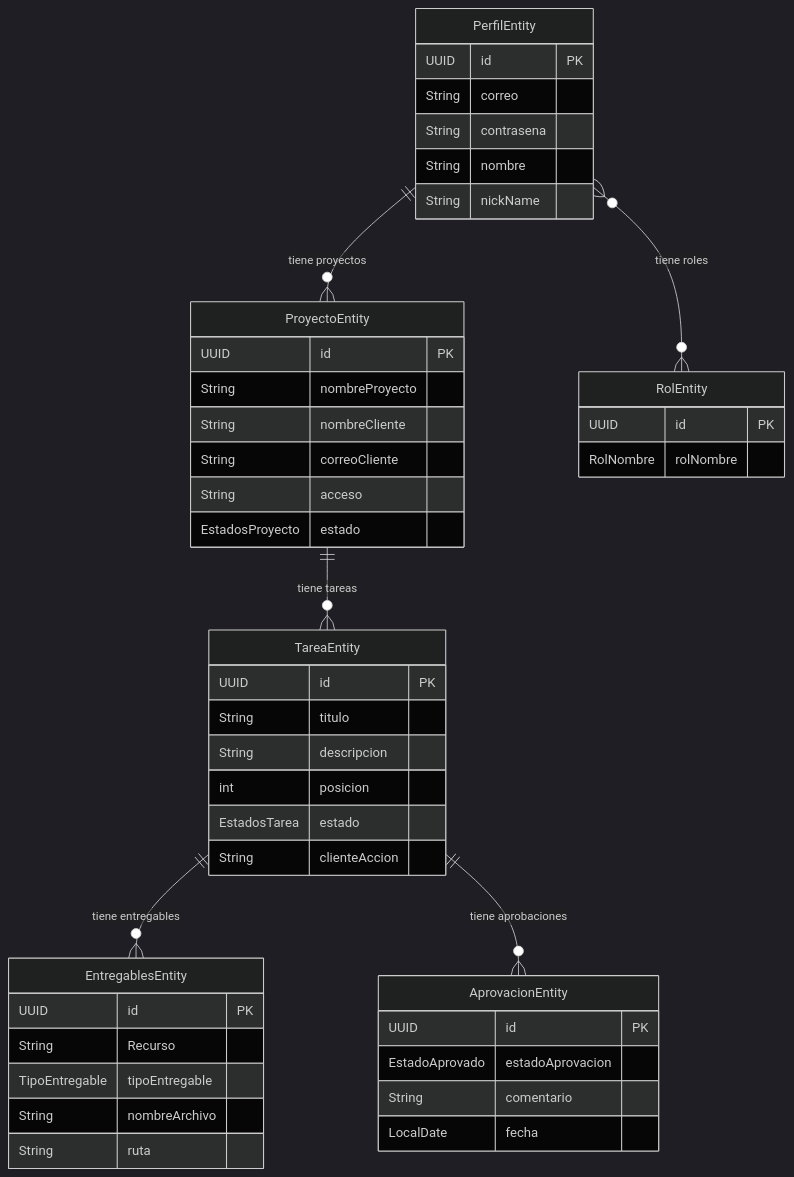
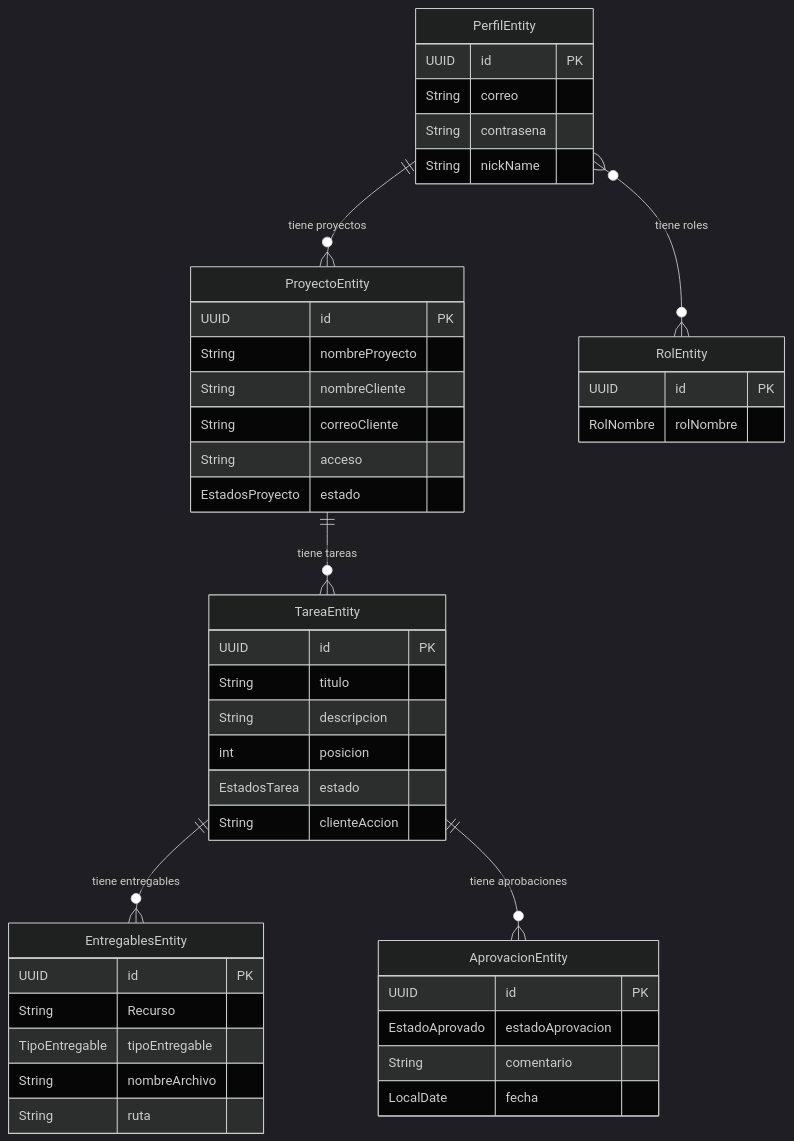
The second of 2 diagrams in docs/architecture.md (crsmusk/tablero-de-tareas), drawn with Mermaid (dark theme) before and after one commit. The commit also changed 5 other files, not shown here.

Commit message:
docs: sincronizar especificaciones y diagramas tras eliminar campo nombre

````diff
--- a/docs/architecture.md
+++ b/docs/architecture.md
@@ -54,54 +54,53 @@
 ```mermaid
 erDiagram
     PerfilEntity ||--o{ ProyectoEntity : "tiene proyectos"
     PerfilEntity }o--o{ RolEntity : "tiene roles"
     ProyectoEntity ||--o{ TareaEntity : "tiene tareas"
     TareaEntity ||--o{ EntregablesEntity : "tiene entregables"
     TareaEntity ||--o{ AprovacionEntity : "tiene aprobaciones"
 
     PerfilEntity {
         UUID id PK
         String correo
         String contrasena
-        String nombre
         String nickName
     }
 
     RolEntity {
         UUID id PK
         RolNombre rolNombre
     }
 
     ProyectoEntity {
         UUID id PK
         String nombreProyecto
         String nombreCliente
         String correoCliente
         String acceso
         EstadosProyecto estado
     }
 
     TareaEntity {
         UUID id PK
         String titulo
         String descripcion
         int posicion
         EstadosTarea estado
         String clienteAccion
     }
 
     EntregablesEntity {
         UUID id PK
         String Recurso
         TipoEntregable tipoEntregable
         String nombreArchivo
         String ruta
     }
 
     AprovacionEntity {
         UUID id PK
         EstadoAprovado estadoAprovacion
         String comentario
         LocalDate fecha
     }
 ```
````
